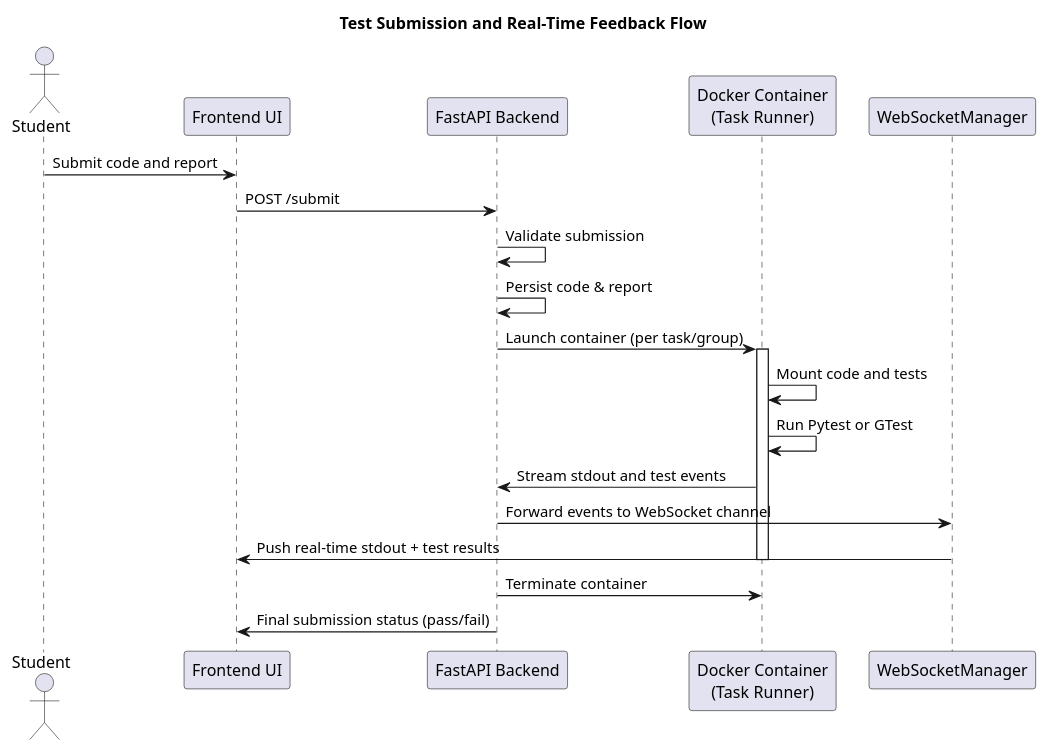
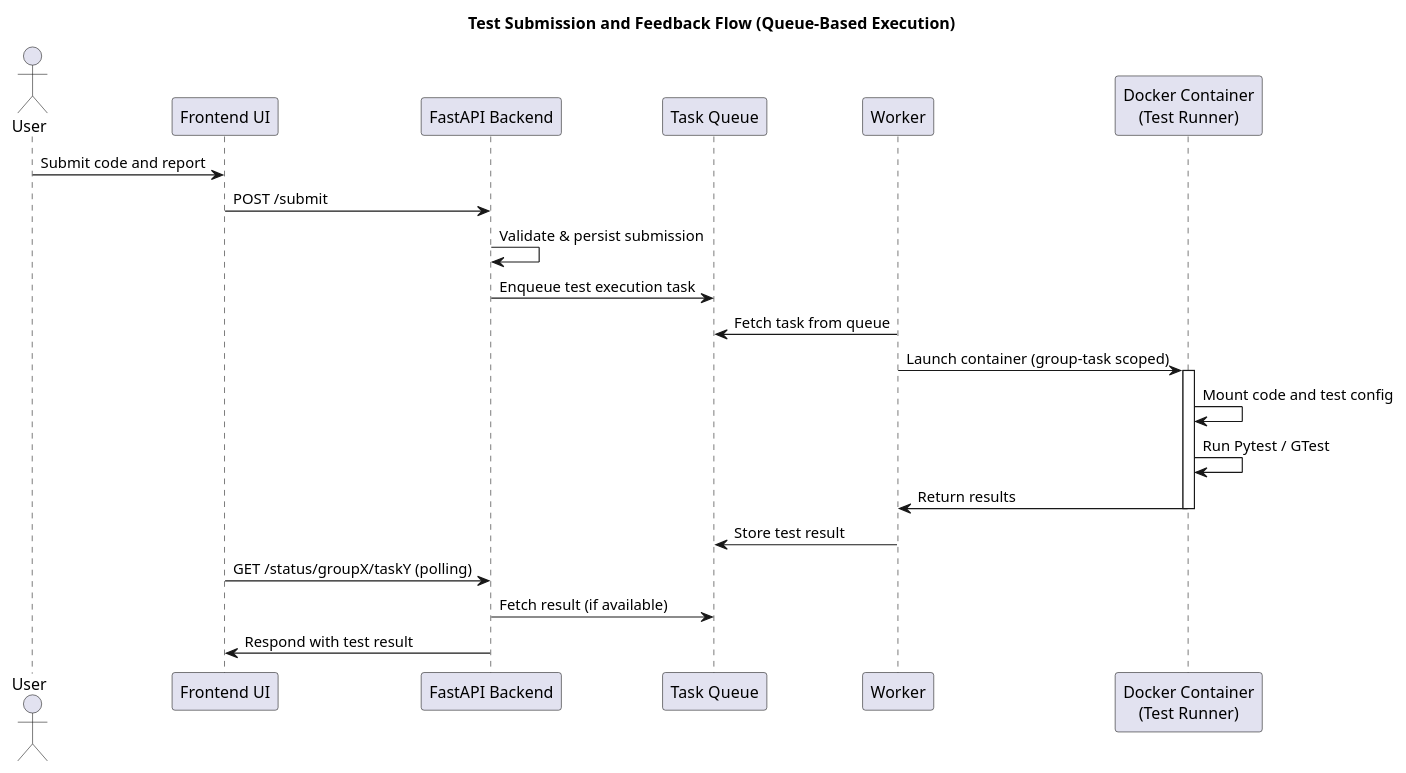
The diagram in codespace/sequence-test.puml (Hayzenpup/design-playground), drawn with PlantUML before and after one commit. The commit also changed other lines of this file and 1 other file, not shown here.

Commit message:
codespace: seqeunce diagrams

```diff
--- a/codespace/sequence-test.puml
+++ b/codespace/sequence-test.puml
@@ -1,28 +2,33 @@
 @startuml
-title Test Submission and Real-Time Feedback Flow
+title Test Submission and Feedback Flow (Queue-Based Execution)
 
-actor Student
+actor User
 participant "Frontend UI" as UI
 participant "FastAPI Backend" as Backend
-participant "Docker Container\n(Task Runner)" as Container
-participant "WebSocketManager" as WS
+participant "Task Queue" as Redis
+participant "Worker" as Worker
+participant "Docker Container\n(Test Runner)" as Container
 
-Student -> UI : Submit code and report
+User -> UI : Submit code and report
 UI -> Backend : POST /submit
 
-Backend -> Backend : Validate submission
-Backend -> Backend : Persist code & report
-Backend -> Container : Launch container (per task/group)
+Backend -> Backend : Validate & persist submission
+Backend -> Redis : Enqueue test execution task
 
+Worker -> Redis : Fetch task from queue
+Worker -> Container : Launch container (group-task scoped)
 activate Container
-Container -> Container : Mount code and tests
-Container -> Container : Run Pytest or GTest
-Container -> Backend : Stream stdout and test events
-Backend -> WS : Forward events to WebSocket channel
-WS -> UI : Push real-time stdout + test results
+
+Container -> Container : Mount code and test config
+Container -> Container : Run Pytest / GTest
+Container -> Worker : Return results
 
 deactivate Container
-Backend -> Container : Terminate container
-Backend -> UI : Final submission status (pass/fail)
+Worker -> Redis : Store test result
+
+
+UI -> Backend : GET /status/groupX/taskY (polling)
+Backend -> Redis : Fetch result (if available)
+Backend -> UI : Respond with test result
 
 @enduml
```
